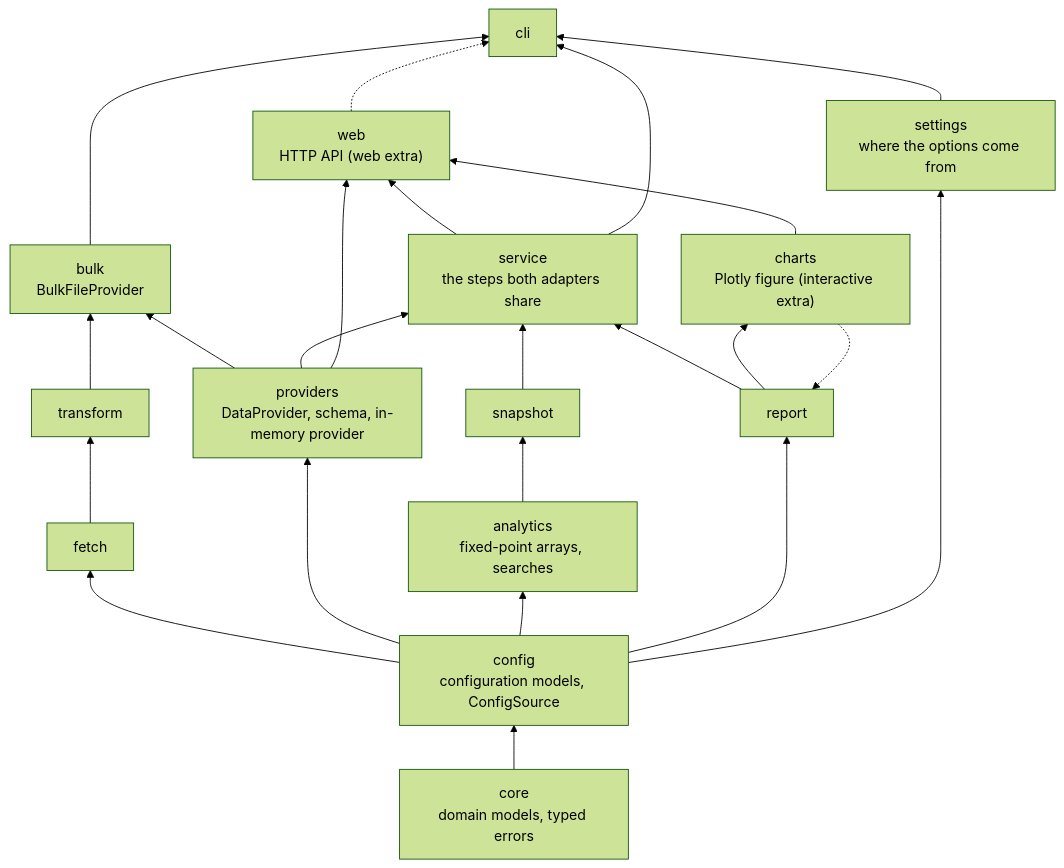
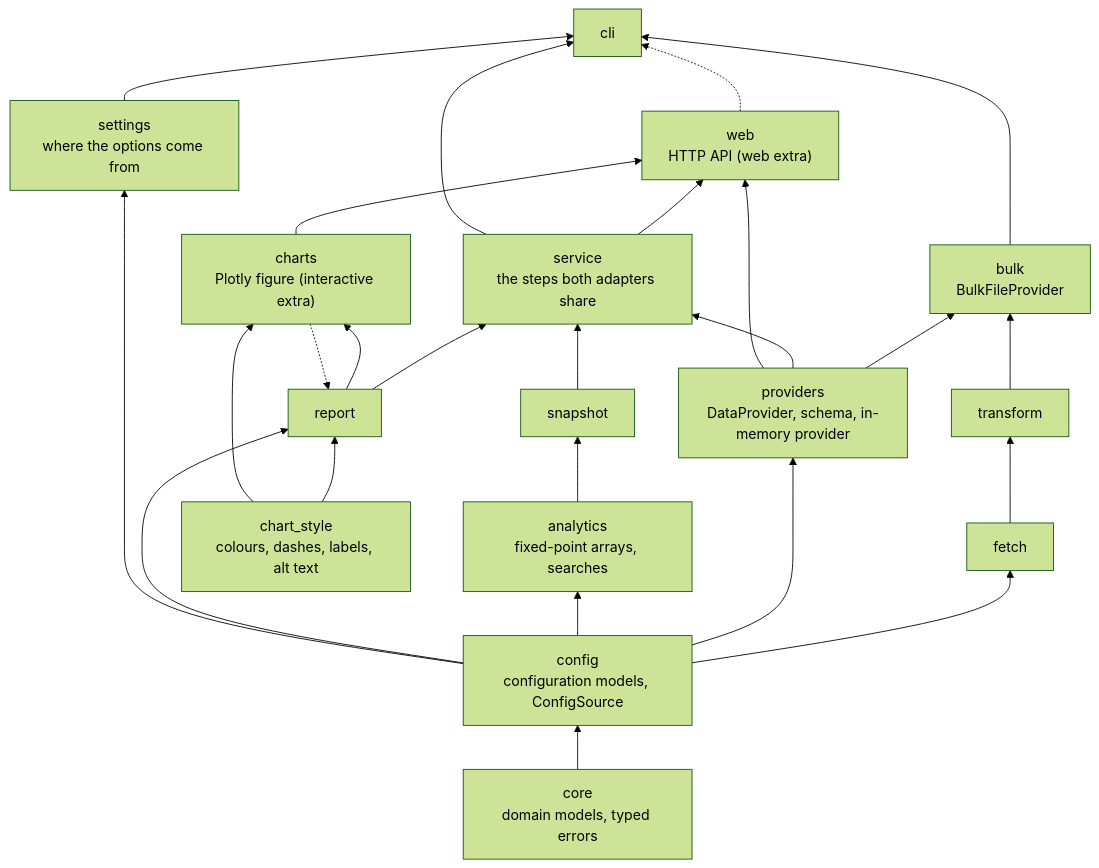
Before and after one commit to andrea-dm/policy-rate-monitor: the second of 3 diagrams in docs/architecture.md, drawn with Mermaid (forest theme). The commit also changed other lines of this file and 4 other files, not shown here.

Commit message:
docs: the accessible charts in how-it-works, the api reference and the architecture

````diff
--- a/docs/architecture.md
+++ b/docs/architecture.md
@@ -33,40 +33,43 @@
 ```mermaid
 flowchart BT
     core["core<br/>domain models, typed errors"]
     config["config<br/>configuration models, ConfigSource"]
     fetch["fetch"]
     transform["transform"]
     providers["providers<br/>DataProvider, schema, in-memory provider"]
     bulk["bulk<br/>BulkFileProvider"]
     analytics["analytics<br/>fixed-point arrays, searches"]
     snapshot["snapshot"]
     report["report"]
     service["service<br/>the steps both adapters share"]
     charts["charts<br/>Plotly figure (interactive extra)"]
+    chart_style["chart_style<br/>colours, dashes, labels, alt text"]
     web["web<br/>HTTP API (web extra)"]
     settings["settings<br/>where the options come from"]
     cli["cli"]
 
     core --> config
     config --> fetch
     config --> providers
     config --> analytics
     fetch --> transform
     transform --> bulk
     providers --> bulk
     analytics --> snapshot
     config --> report
+    chart_style --> report
+    chart_style --> charts
     providers --> service
     snapshot --> service
     report --> service
     report --> charts
     charts --> web
     service --> web
     providers --> web
     service --> cli
     bulk --> cli
     web -.-> cli
     charts -.-> report
     config --> settings
     settings --> cli
 ```
````
